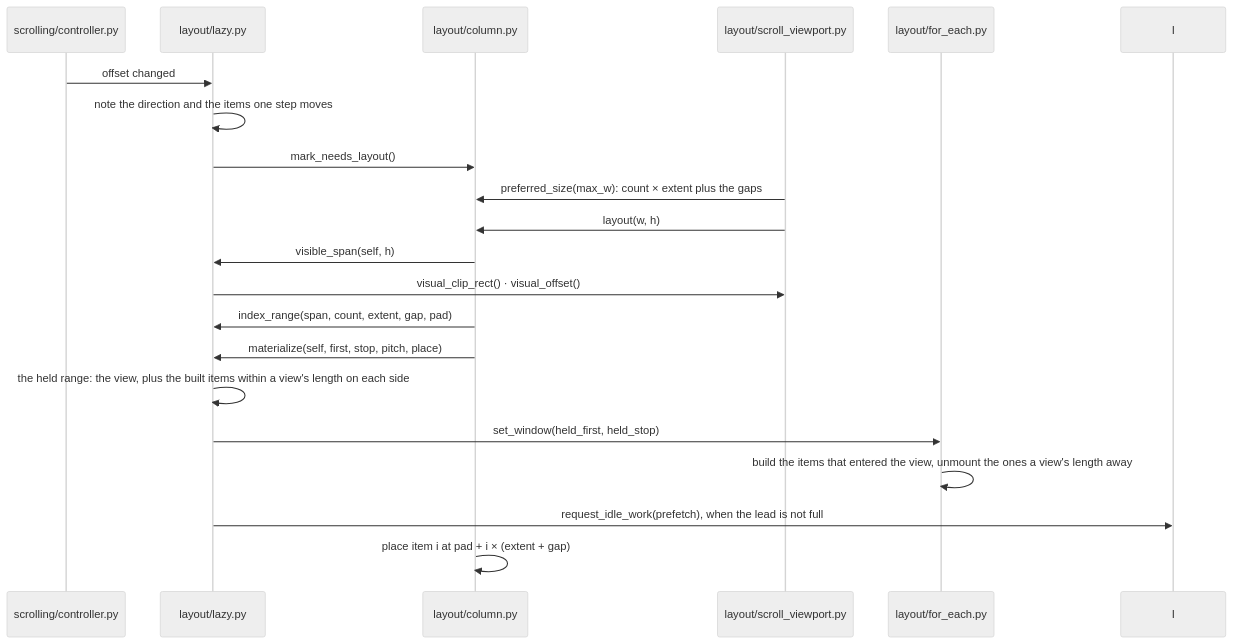
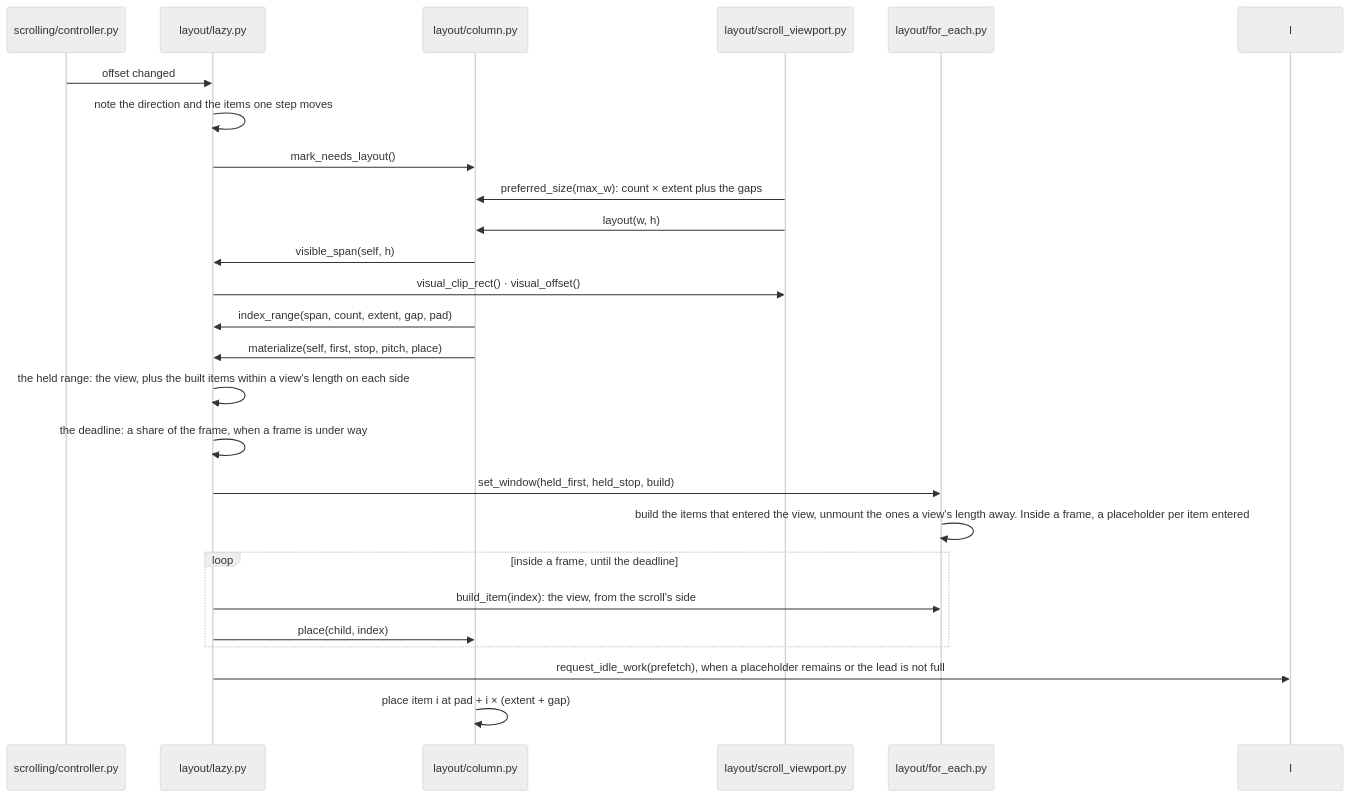
One commit to yuksblog/nuiitivet changed the sixth of 10 diagrams in docs/design/LAYOUT.md. Above: the diagram before and after it, drawn with Mermaid (neutral theme). The commit also changed other lines of this file and 17 other files, not shown here.

First line of the commit message:
perf(layout): a pass inside a frame builds until a share of the frame has passed

````diff
--- a/docs/design/LAYOUT.md
+++ b/docs/design/LAYOUT.md
@@ -197,23 +201,28 @@
 ```mermaid
 sequenceDiagram
     participant S as scrolling/controller.py
     participant L as layout/lazy.py
     participant C as layout/column.py
     participant V as layout/scroll_viewport.py
     participant F as layout/for_each.py
 
     S->>L: offset changed
     L->>L: note the direction and the items one step moves
     L->>C: mark_needs_layout()
     V->>C: preferred_size(max_w): count × extent plus the gaps
     V->>C: layout(w, h)
     C->>L: visible_span(self, h)
     L->>V: visual_clip_rect() · visual_offset()
     C->>L: index_range(span, count, extent, gap, pad)
     C->>L: materialize(self, first, stop, pitch, place)
     L->>L: the held range: the view, plus the built items within a view's length on each side
-    L->>F: set_window(held_first, held_stop)
-    F->>F: build the items that entered the view, unmount the ones a view's length away
-    L->>I: request_idle_work(prefetch), when the lead is not full
+    L->>L: the deadline: a share of the frame, when a frame is under way
+    L->>F: set_window(held_first, held_stop, build)
+    F->>F: build the items that entered the view, unmount the ones a view's length away. Inside a frame, a placeholder per item entered
+    loop inside a frame, until the deadline
+        L->>F: build_item(index): the view, from the scroll's side
+        L->>C: place(child, index)
+    end
+    L->>I: request_idle_work(prefetch), when a placeholder remains or the lead is not full
     C->>C: place item i at pad + i × (extent + gap)
 ```
````
